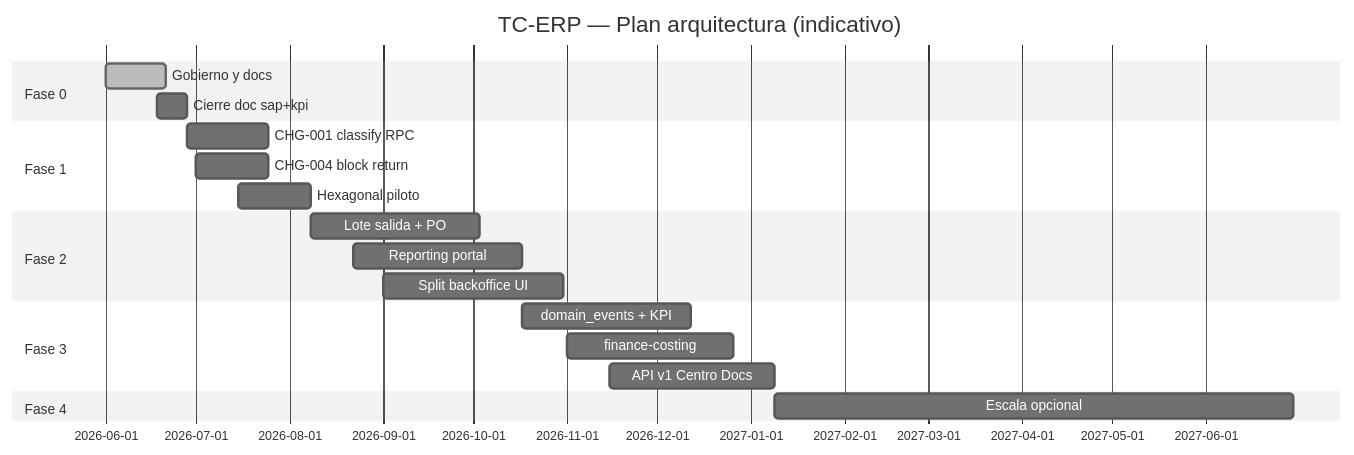
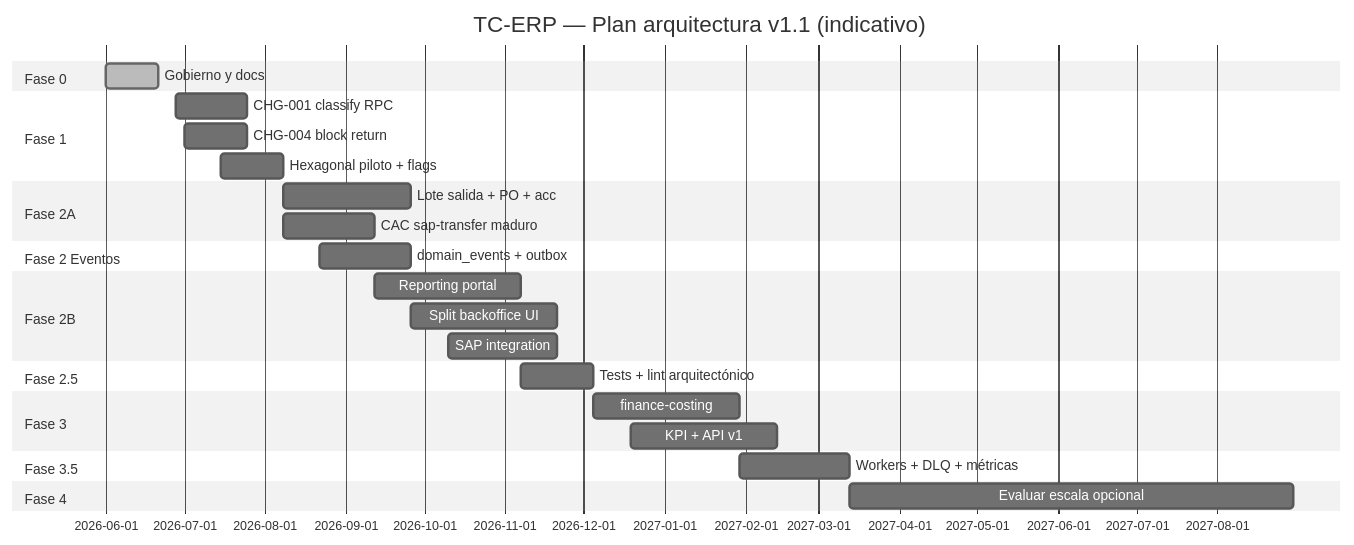
Before and after one commit to jayurbano24/TC-ERP: the second of 2 diagrams in docs/architecture/roadmap-phases.md, drawn with Mermaid (neutral theme). The commit also changed other lines of this file and 176 other files, not shown here.

First line of the commit message:
feat: close Fase 2A/2B migrations, hexagonal SAP/returns, and domain events

````diff
--- a/docs/architecture/roadmap-phases.md
+++ b/docs/architecture/roadmap-phases.md
@@ -420,22 +571,29 @@
 ```mermaid
 gantt
-    title TC-ERP — Plan arquitectura (indicativo)
+    title TC-ERP — Plan arquitectura v1.1 (indicativo)
     dateFormat YYYY-MM-DD
     section Fase 0
     Gobierno y docs           :done, f0, 2026-06-01, 2026-06-21
-    Cierre doc sap+kpi        :f0b, 2026-06-18, 2026-06-28
     section Fase 1
     CHG-001 classify RPC      :f1a, 2026-06-28, 2026-07-25
     CHG-004 block return      :f1b, 2026-07-01, 2026-07-25
-    Hexagonal piloto          :f1c, 2026-07-15, 2026-08-08
-    section Fase 2
-    Lote salida + PO          :f2a, 2026-08-08, 2026-10-03
-    Reporting portal          :f2b, 2026-08-22, 2026-10-17
-    Split backoffice UI       :f2c, 2026-09-01, 2026-10-31
+    Hexagonal piloto + flags  :f1c, 2026-07-15, 2026-08-08
+    section Fase 2A
+    Lote salida + PO + acc    :f2a, 2026-08-08, 2026-09-26
+    CAC sap-transfer maduro   :f2a2, 2026-08-08, 2026-09-12
+    section Fase 2 Eventos
+    domain_events + outbox    :f2e, 2026-08-22, 2026-09-26
+    section Fase 2B
+    Reporting portal          :f2b, 2026-09-12, 2026-11-07
+    Split backoffice UI       :f2b2, 2026-09-26, 2026-11-21
+    SAP integration           :f2b3, 2026-10-10, 2026-11-21
+    section Fase 2.5
+    Tests + lint arquitectónico :f25, 2026-11-07, 2026-12-05
     section Fase 3
-    domain_events + KPI       :f3a, 2026-10-17, 2026-12-12
-    finance-costing           :f3b, 2026-11-01, 2026-12-26
-    API v1 Centro Docs        :f3c, 2026-11-15, 2027-01-09
+    finance-costing           :f3b, 2026-12-05, 2027-01-30
+    KPI + API v1              :f3c, 2026-12-19, 2027-02-13
+    section Fase 3.5
+    Workers + DLQ + métricas  :f35, 2027-01-30, 2027-03-13
     section Fase 4
-    Escala opcional           :f4, 2027-01-09, 2027-06-30
+    Evaluar escala opcional   :f4, 2027-03-13, 2027-08-30
 ```
````
